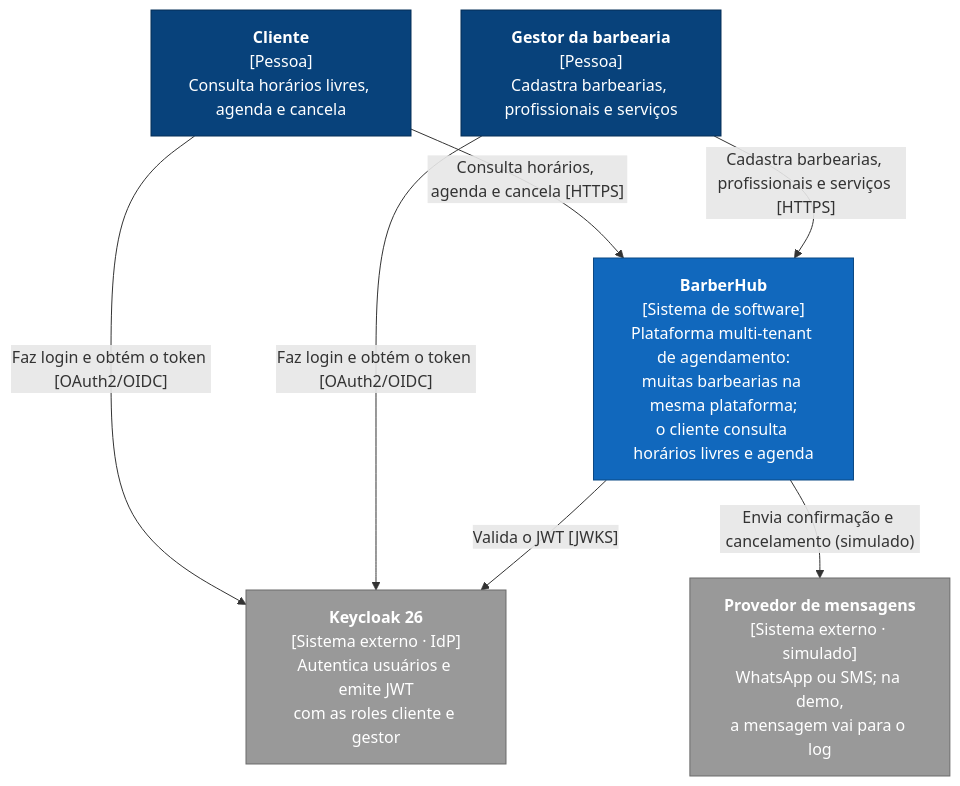
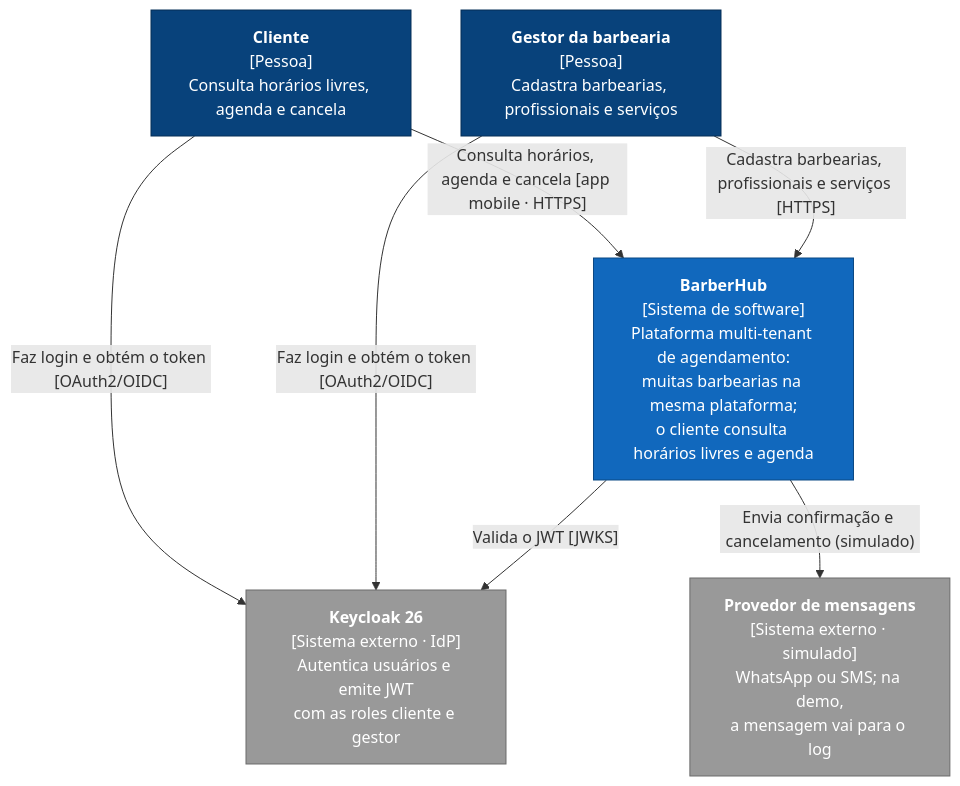
The first of 2 diagrams in docs/arquitetura/README.md (Allainn/barbearia-multiplataforma), drawn with Mermaid before and after one commit. The commit also changed other lines of this file and 5 other files, not shown here.

First line of the commit message:
docs(adr): ADR-0016, app do cliente em Flutter no monorepo consumindo o BFF

````diff
--- a/docs/arquitetura/README.md
+++ b/docs/arquitetura/README.md
@@ -12,24 +12,24 @@
 ```mermaid
 flowchart TB
     cliente["<b>Cliente</b><br/>[Pessoa]<br/>Consulta horários livres, agenda e cancela"]
     gestor["<b>Gestor da barbearia</b><br/>[Pessoa]<br/>Cadastra barbearias, profissionais e serviços"]
 
     sistema["<b>BarberHub</b><br/>[Sistema de software]<br/>Plataforma multi-tenant de agendamento:<br/>muitas barbearias na mesma plataforma;<br/>o cliente consulta horários livres e agenda"]
 
     keycloak["<b>Keycloak 26</b><br/>[Sistema externo · IdP]<br/>Autentica usuários e emite JWT<br/>com as roles cliente e gestor"]
     mensagens["<b>Provedor de mensagens</b><br/>[Sistema externo · simulado]<br/>WhatsApp ou SMS; na demo,<br/>a mensagem vai para o log"]
 
-    cliente -->|"Consulta horários, agenda e cancela [HTTPS]"| sistema
+    cliente -->|"Consulta horários, agenda e cancela [app mobile · HTTPS]"| sistema
     gestor -->|"Cadastra barbearias, profissionais e serviços [HTTPS]"| sistema
     cliente -->|"Faz login e obtém o token [OAuth2/OIDC]"| keycloak
     gestor -->|"Faz login e obtém o token [OAuth2/OIDC]"| keycloak
     sistema -->|"Valida o JWT [JWKS]"| keycloak
     sistema -->|"Envia confirmação e cancelamento (simulado)"| mensagens
 
     classDef pessoa fill:#08427b,stroke:#052e56,color:#ffffff
     classDef interno fill:#1168bd,stroke:#0b4884,color:#ffffff
     classDef externo fill:#999999,stroke:#6b6b6b,color:#ffffff
     class cliente,gestor pessoa
     class sistema interno
     class keycloak,mensagens externo
 ```
````
